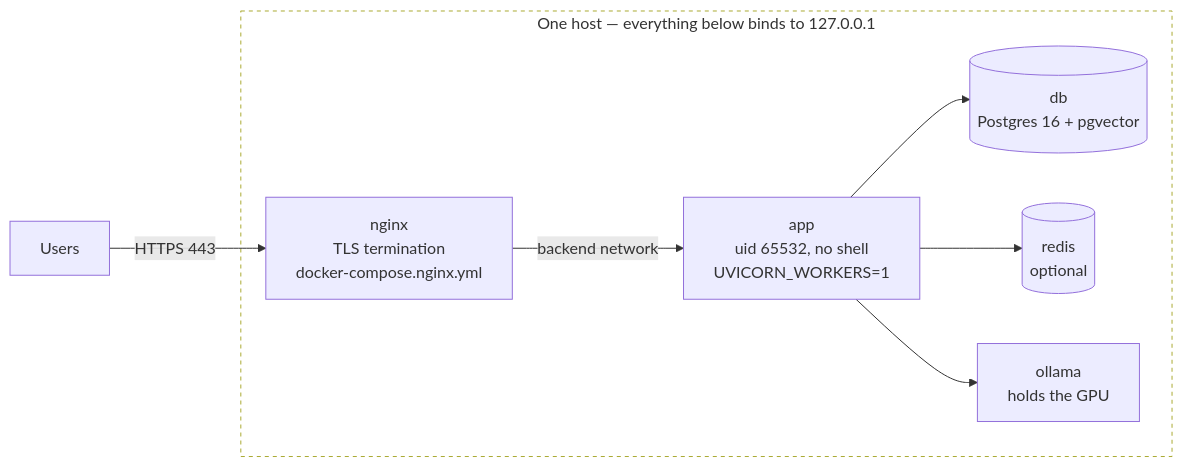
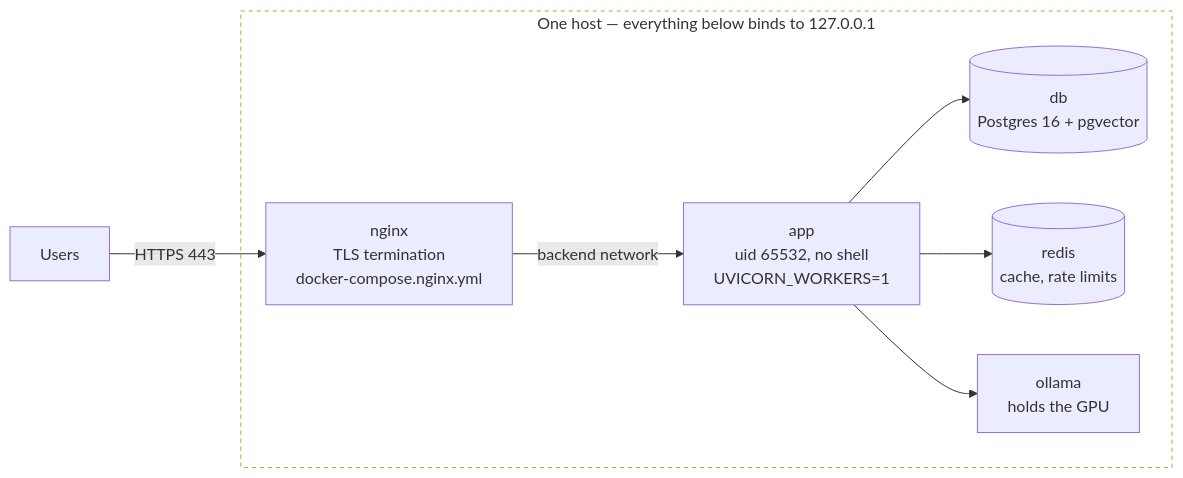
The diagram in docs/DEPLOYMENT.md (jwvanderstam/LocalChat), drawn with Mermaid before and after one commit. The commit also changed other lines of this file and 5 other files, not shown here.

````diff
--- a/docs/DEPLOYMENT.md
+++ b/docs/DEPLOYMENT.md
@@ -279,13 +282,13 @@
 ```mermaid
 flowchart LR
     U["Users"] -->|"HTTPS 443"| N["nginx<br/>TLS termination<br/>docker-compose.nginx.yml"]
 
     subgraph host["One host — everything below binds to 127.0.0.1"]
         N -->|"backend network"| A["app<br/>uid 65532, no shell<br/>UVICORN_WORKERS=1"]
         A --> D[("db<br/>Postgres 16 + pgvector")]
-        A --> R[("redis<br/>optional")]
+        A --> R[("redis<br/>cache, rate limits")]
         A --> O["ollama<br/>holds the GPU"]
     end
 
     style host fill:transparent,stroke-dasharray: 4 4
 ```
````
